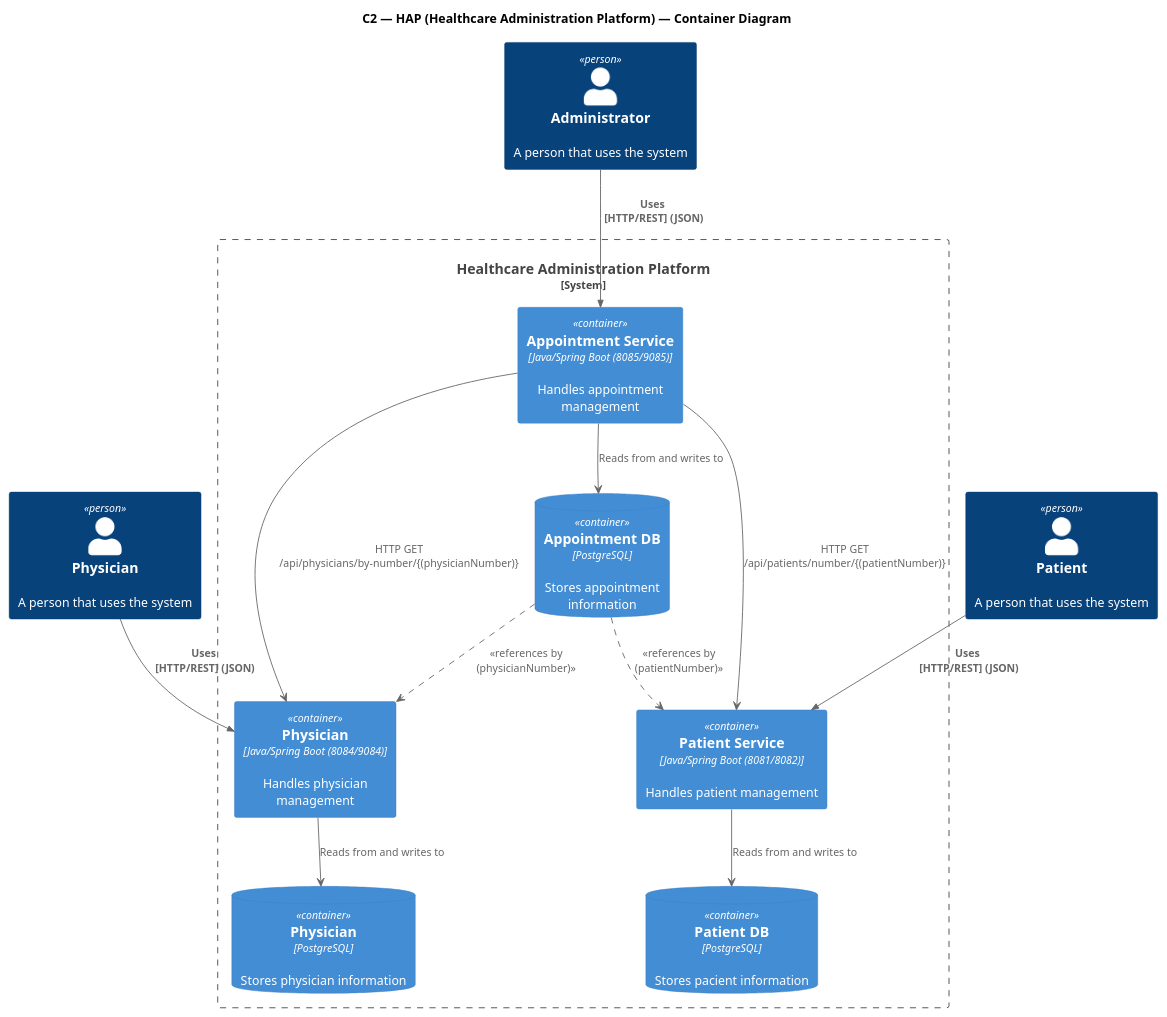
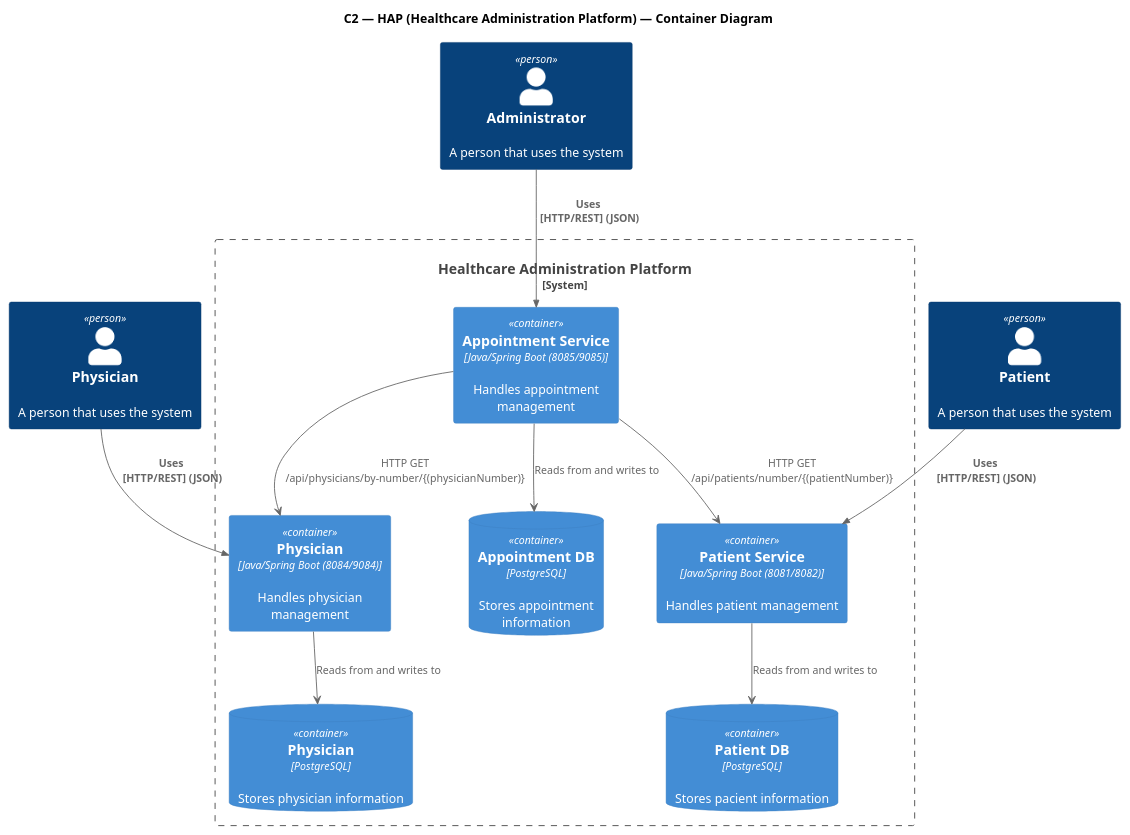
Before and after one commit to 1211104/PROJ_SIDIS2025: the diagram in docs/C4/ContainerView.puml, drawn with PlantUML.

Commit message:
ContainerView.puml update

```diff
--- a/docs/C4/ContainerView.puml
+++ b/docs/C4/ContainerView.puml
@@ -1,47 +1,43 @@
 @startuml
 title C2 — HAP (Healthcare Administration Platform) — Container Diagram
 
 !include https://raw.githubusercontent.com/plantuml-stdlib/C4-PlantUML/master/C4_Container.puml
 
 
 
 Person(physician, "Physician", "A person that uses the system")
 Person(patient, "Patient", "A person that uses the system")
 Person(admin, "Administrator", "A person that uses the system")
 
 
 skinparam shadowing false
 
 System_Boundary(hap, "Healthcare Administration Platform") {
 
   Container(physiansService, "Physician", "Java/Spring Boot (8084/9084)", "Handles physician management")
   Container(patientsService, "Patient Service", "Java/Spring Boot (8081/8082)", "Handles patient management")
   Container(appointmentsService, "Appointment Service", "Java/Spring Boot (8085/9085)", "Handles appointment management")
 
 
   ContainerDb(PatientsDB, "Patient DB", "PostgreSQL", "Stores pacient information")
   ContainerDb(PhysiciansDB, "Physician", "PostgreSQL", "Stores physician information")
   ContainerDb(AppointmentsDB, "Appointment DB", "PostgreSQL", "Stores appointment information")
 
 }
 
 ' Ligações entre containers (criação de appointment valida entidades)
 appointmentsService --> physiansService : HTTP GET\n/api/physicians/by-number/{(physicianNumber)}
 appointmentsService --> patientsService      : HTTP GET\n/api/patients/number/{(patientNumber)}
 
 ' Persistência local
 patientsService --> PatientsDB : Reads from and writes to
 physiansService --> PhysiciansDB : Reads from and writes to
 appointmentsService --> AppointmentsDB : Reads from and writes to
 
-' *** Dependência de dados (sem FK cruzado) ***
-AppointmentsDB ..> physiansService      : <<references by (physicianNumber)>>
-AppointmentsDB ..> patientsService : <<references by (patientNumber)>>
-
 
 Rel(physician, physiansService, "Uses\n [HTTP/REST] (JSON)")
 Rel(patient,  patientsService, "Uses\n [HTTP/REST] (JSON)")
 Rel(admin,  appointmentsService, "Uses\n [HTTP/REST] (JSON)")
 
 
 @enduml
```
